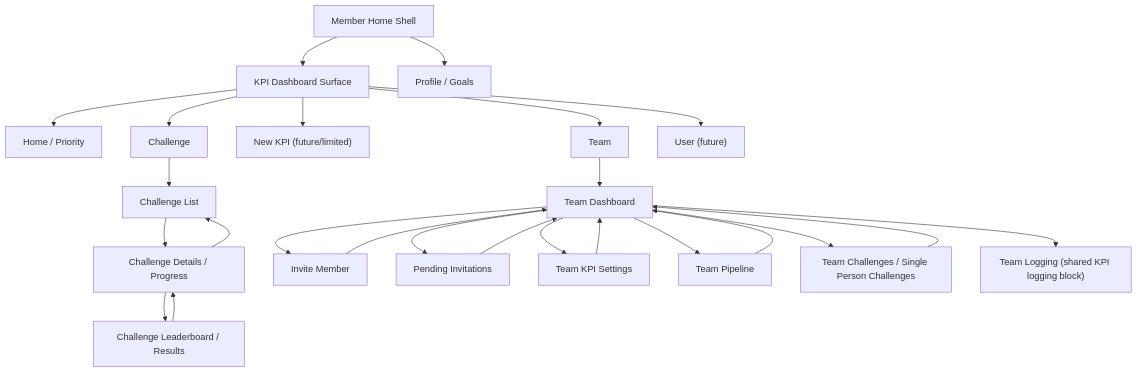
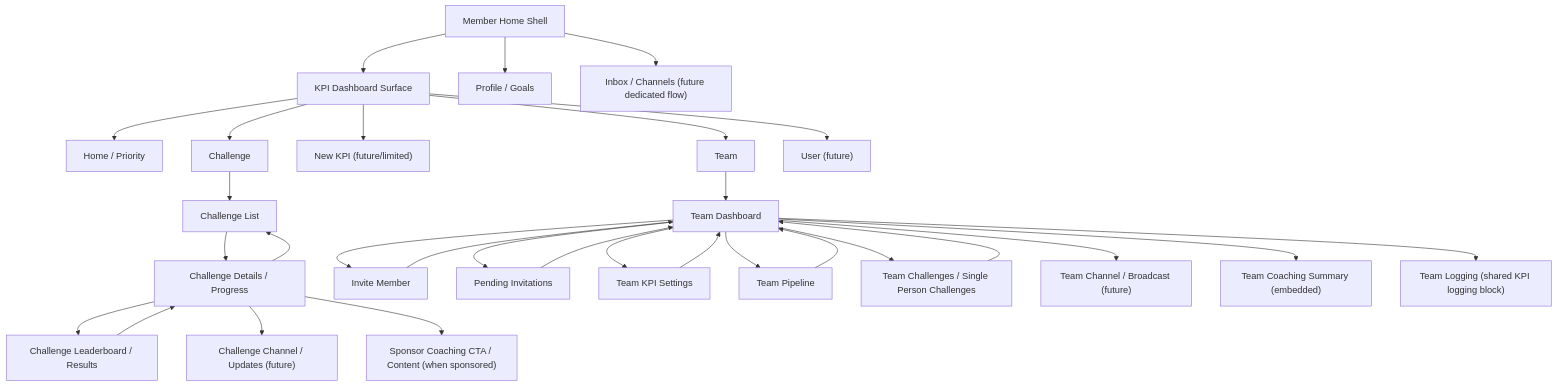
One commit to jonhazeltine/compass-kpi changed the fourth of 8 diagrams in docs/spec/appendix/INTENDED_WIRING_DIAGRAM.md. Above: the diagram before and after it, drawn with Mermaid. The commit also changed other lines of this file and 2 other files, not shown here.

Commit message:
Add coaching capability matrix and wiring addendum

````diff
--- a/docs/spec/appendix/INTENDED_WIRING_DIAGRAM.md
+++ b/docs/spec/appendix/INTENDED_WIRING_DIAGRAM.md
@@ -74,31 +106,36 @@
 ```mermaid
 flowchart TD
   H["Member Home Shell"] --> K["KPI Dashboard Surface"]
   H --> P["Profile / Goals"]
+  H --> I["Inbox / Channels (future dedicated flow)"]
 
   K --> T1["Home / Priority"]
   K --> T2["Challenge"]
   K --> T3["New KPI (future/limited)"]
   K --> T4["Team"]
   K --> T5["User (future)"]
 
   T2 --> C1["Challenge List"]
   C1 --> C2["Challenge Details / Progress"]
   C2 --> C3["Challenge Leaderboard / Results"]
+  C2 --> C4["Challenge Channel / Updates (future)"]
+  C2 --> C5["Sponsor Coaching CTA / Content (when sponsored)"]
   C3 --> C2
   C2 --> C1
 
   T4 --> TD["Team Dashboard"]
   TD --> TI["Invite Member"]
   TD --> TP["Pending Invitations"]
   TD --> TK["Team KPI Settings"]
   TD --> TPL["Team Pipeline"]
   TD --> TC["Team Challenges / Single Person Challenges"]
+  TD --> TComm["Team Channel / Broadcast (future)"]
+  TD --> TCoach["Team Coaching Summary (embedded)"]
   TD --> TL["Team Logging (shared KPI logging block)"]
 
   TI --> TD
   TP --> TD
   TK --> TD
   TPL --> TD
   TC --> TD
 ```
````
